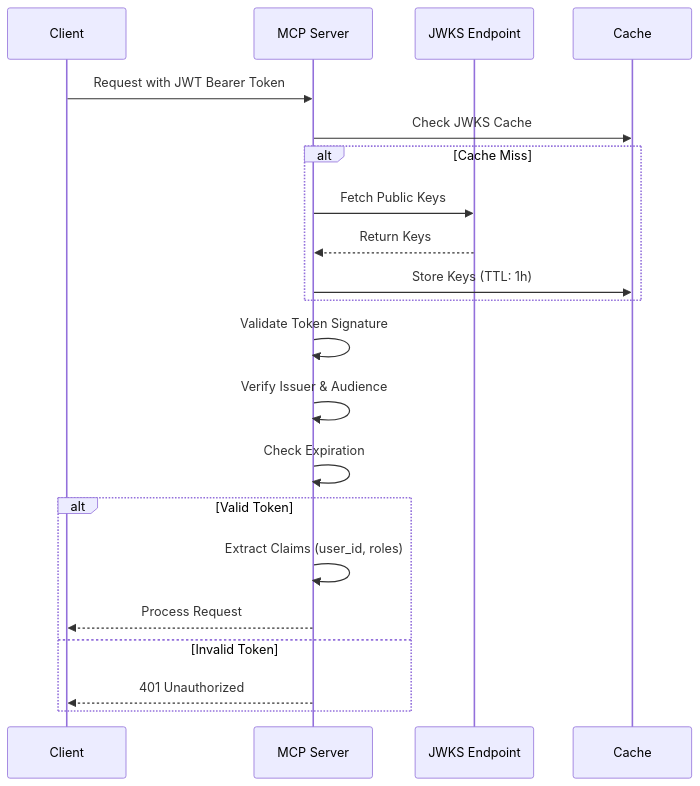
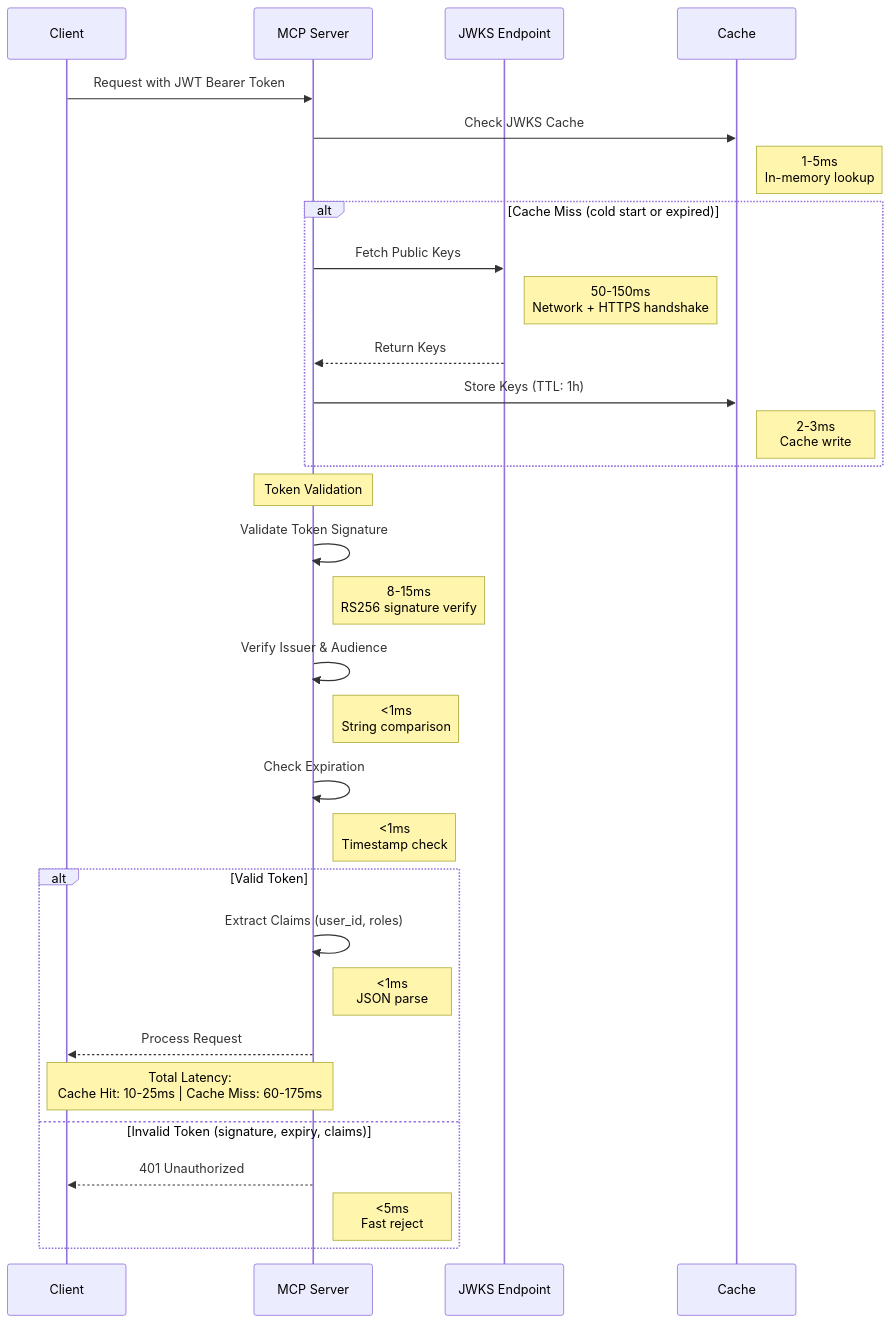
The fourth of 4 diagrams in docs/IEEE-42010/views/02-security-architecture.md (markbsigler/MCP_Architecture), drawn with Mermaid before and after one commit. The commit also changed other lines of this file and 4 other files, not shown here.

First line of the commit message:
Phase 2: Enhance diagram quality and establish standards

````diff
--- a/docs/IEEE-42010/views/02-security-architecture.md
+++ b/docs/IEEE-42010/views/02-security-architecture.md
@@ -459,24 +667,37 @@
 ```mermaid
 sequenceDiagram
     participant Client
     participant MCP Server
     participant JWKS Endpoint
     participant Cache
     
     Client->>MCP Server: Request with JWT Bearer Token
     MCP Server->>Cache: Check JWKS Cache
-    alt Cache Miss
+    Note right of Cache: 1-5ms<br/>In-memory lookup
+    
+    alt Cache Miss (cold start or expired)
         MCP Server->>JWKS Endpoint: Fetch Public Keys
+        Note right of JWKS Endpoint: 50-150ms<br/>Network + HTTPS handshake
         JWKS Endpoint-->>MCP Server: Return Keys
         MCP Server->>Cache: Store Keys (TTL: 1h)
+        Note right of Cache: 2-3ms<br/>Cache write
     end
+    
+    Note over MCP Server: Token Validation
     MCP Server->>MCP Server: Validate Token Signature
+    Note right of MCP Server: 8-15ms<br/>RS256 signature verify
     MCP Server->>MCP Server: Verify Issuer & Audience
+    Note right of MCP Server: <1ms<br/>String comparison
     MCP Server->>MCP Server: Check Expiration
+    Note right of MCP Server: <1ms<br/>Timestamp check
+    
     alt Valid Token
         MCP Server->>MCP Server: Extract Claims (user_id, roles)
+        Note right of MCP Server: <1ms<br/>JSON parse
         MCP Server-->>Client: Process Request
-    else Invalid Token
+        Note over Client,MCP Server: Total Latency:<br/>Cache Hit: 10-25ms | Cache Miss: 60-175ms
+    else Invalid Token (signature, expiry, claims)
         MCP Server-->>Client: 401 Unauthorized
+        Note right of MCP Server: <5ms<br/>Fast reject
     end
 ```
````
